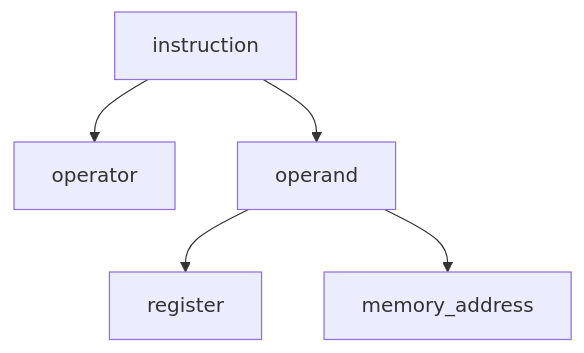
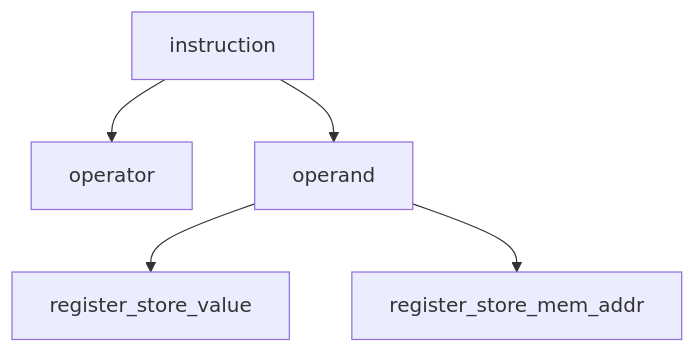
One commit to hzhaoc/2ndBrain changed the diagram in hzhaoc-f(x)/Computer Science/Computer Architecture/Instruction Set Arch..md. Above: the diagram before and after it, drawn with Mermaid. The commit also changed other lines of this file and 131 other files, not shown here.

````diff
--- a/hzhaoc-f(x)/Computer Science/Computer Architecture/Instruction Set Arch..md
+++ b/hzhaoc-f(x)/Computer Science/Computer Architecture/Instruction Set Arch..md
@@ -4,7 +4,7 @@
 ```mermaid
 graph TD; 
 	instruction-->operator; 
 	instruction-->operand;
-	operand-->register; 
-	operand-->memory_address;
+	operand-->register_store_value; 
+	operand-->register_store_mem_addr;
 ```
````
